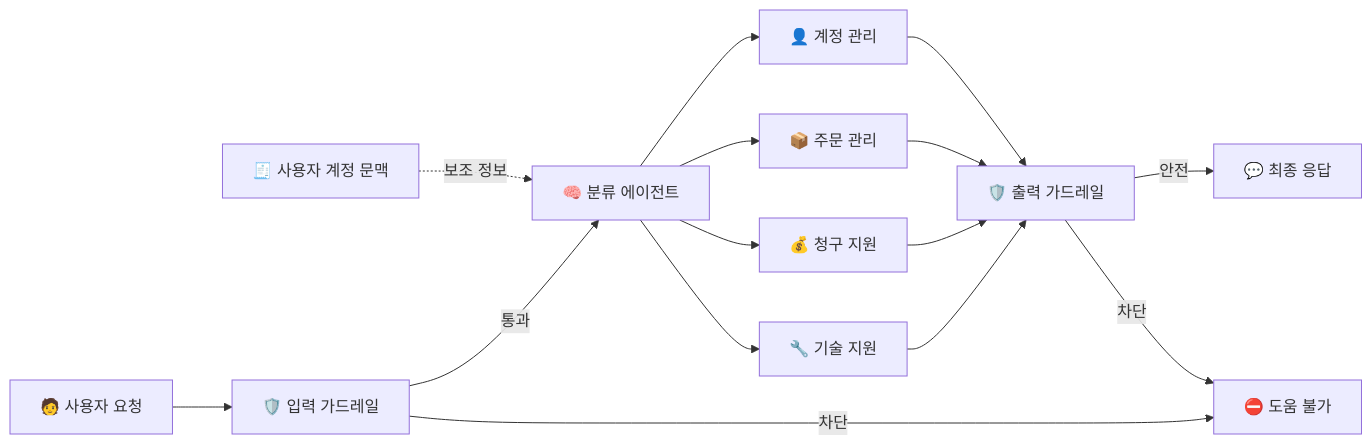
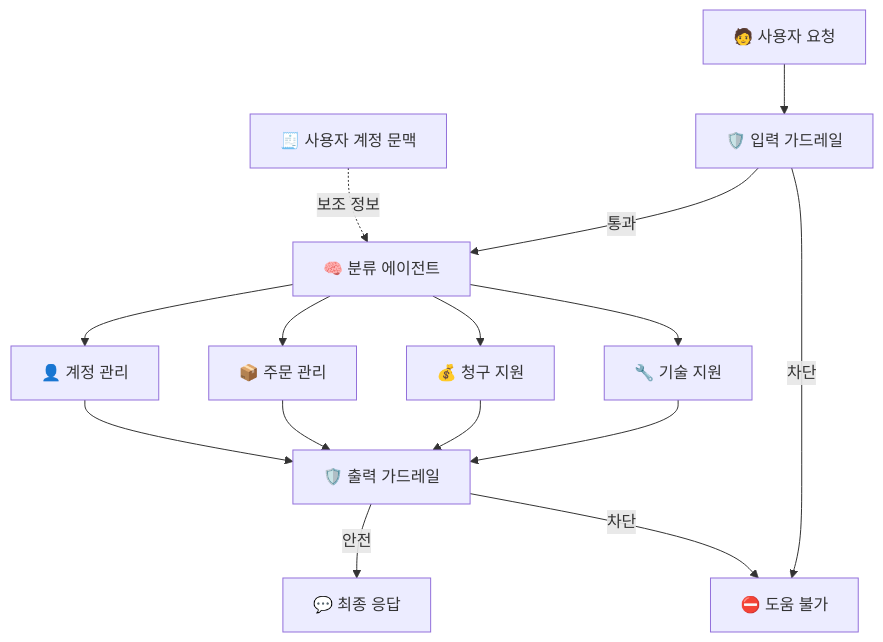
Before and after one commit to tabjun/AI_agent: the diagram in part9_customer_support_agent/README.md, drawn with Mermaid.

Commit message:
Refine customer support agent README flow

````diff
--- a/part9_customer_support_agent/README.md
+++ b/part9_customer_support_agent/README.md
@@ -26,21 +26,21 @@
 ```mermaid
-flowchart LR
+flowchart TD
     A[🧑 사용자 요청] --> B[🛡️ 입력 가드레일]
     B -->|통과| C[🧠 분류 에이전트]
     B -->|차단| X[⛔ 도움 불가]
 
     D[🧾 사용자 계정 문맥] -. 보조 정보 .-> C
 
     C --> E[🔧 기술 지원]
     C --> F[💰 청구 지원]
     C --> G[📦 주문 관리]
     C --> H[👤 계정 관리]
 
     E --> I[🛡️ 출력 가드레일]
     F --> I
     G --> I
     H --> I
 
     I -->|안전| J[💬 최종 응답]
     I -->|차단| X
 ```
````
